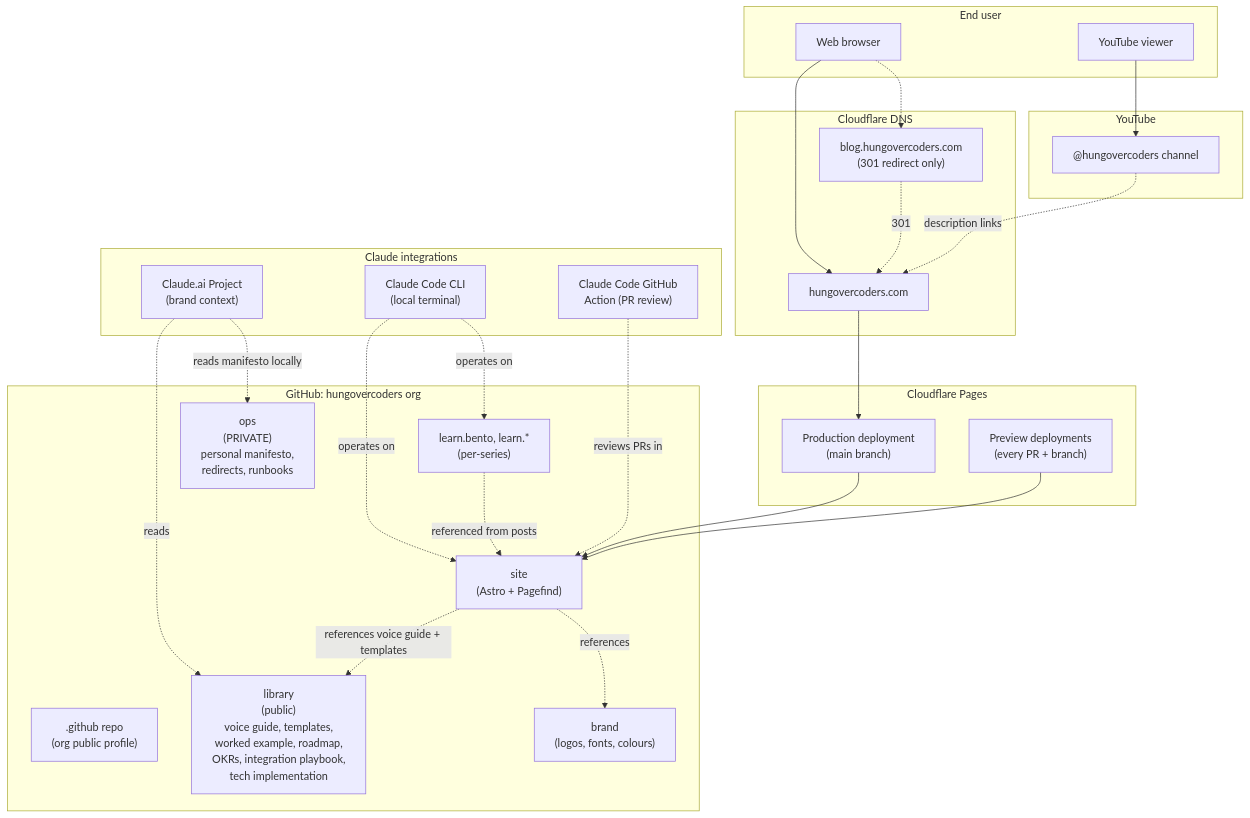
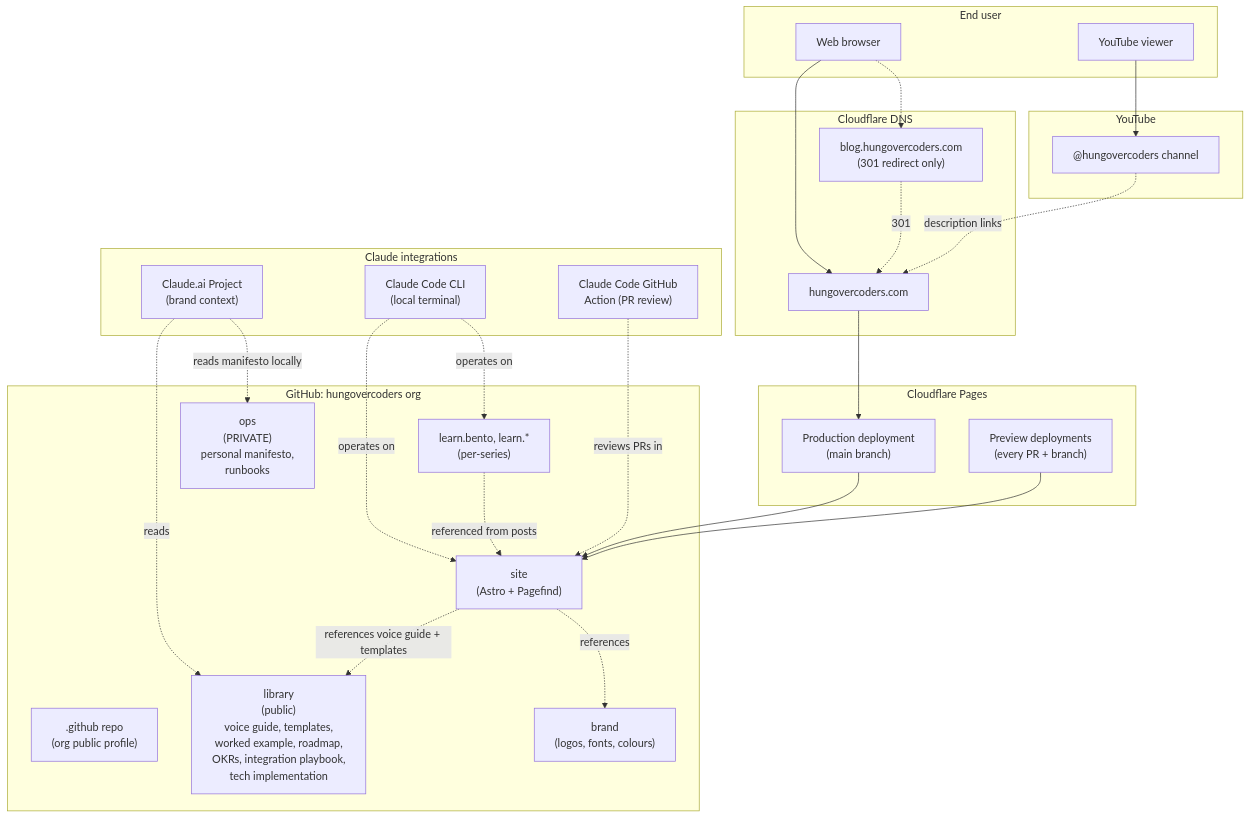
The first of 5 diagrams in reference/technical-implementation.md (hungovercoders/library), drawn with Mermaid before and after one commit. The commit also changed other lines of this file, not shown here.

First line of the commit message:
docs: move blog-redirect-worker out of ops into site/redirects/

````diff
--- a/reference/technical-implementation.md
+++ b/reference/technical-implementation.md
@@ -19,55 +19,55 @@
 ```mermaid
 flowchart TB
     subgraph user["End user"]
         BROWSER["Web browser"]
         YOUTUBE_VIEWER["YouTube viewer"]
     end
 
     subgraph dns["Cloudflare DNS"]
         APEX["hungovercoders.com"]
         OLD_SUB["blog.hungovercoders.com<br/>(301 redirect only)"]
     end
 
     subgraph cf["Cloudflare Pages"]
         PROD["Production deployment<br/>(main branch)"]
         PREVIEW["Preview deployments<br/>(every PR + branch)"]
     end
 
     subgraph github["GitHub: hungovercoders org"]
         ORG_PROFILE[".github repo<br/>(org public profile)"]
         LIBRARY_REPO["library<br/>(public)<br/>voice guide, templates,<br/>worked example, roadmap,<br/>OKRs, integration playbook,<br/>tech implementation"]
-        OPS_REPO["ops<br/>(PRIVATE)<br/>personal manifesto,<br/>redirects, runbooks"]
+        OPS_REPO["ops<br/>(PRIVATE)<br/>personal manifesto,<br/>runbooks"]
         SITE_REPO["site<br/>(Astro + Pagefind)"]
         BRAND_REPO["brand<br/>(logos, fonts, colours)"]
         TUTORIAL_REPOS["learn.bento, learn.*<br/>(per-series)"]
     end
 
     subgraph yt["YouTube"]
         CHANNEL["@hungovercoders channel"]
     end
 
     subgraph claude["Claude integrations"]
         CLAUDE_AI["Claude.ai Project<br/>(brand context)"]
         CLAUDE_CODE["Claude Code CLI<br/>(local terminal)"]
         CLAUDE_ACTION["Claude Code GitHub<br/>Action (PR review)"]
     end
 
     BROWSER --> APEX
     BROWSER -.-> OLD_SUB
     OLD_SUB -.->|301| APEX
     APEX --> PROD
     PROD --> SITE_REPO
     PREVIEW --> SITE_REPO
     YOUTUBE_VIEWER --> CHANNEL
     CHANNEL -.->|description links| APEX
 
     SITE_REPO -.->|references voice guide + templates| LIBRARY_REPO
     SITE_REPO -.->|references| BRAND_REPO
     TUTORIAL_REPOS -.->|referenced from posts| SITE_REPO
 
     CLAUDE_AI -.->|reads| LIBRARY_REPO
     CLAUDE_AI -.->|reads manifesto locally| OPS_REPO
     CLAUDE_CODE -.->|operates on| SITE_REPO
     CLAUDE_CODE -.->|operates on| TUTORIAL_REPOS
     CLAUDE_ACTION -.->|reviews PRs in| SITE_REPO
 ```
````
